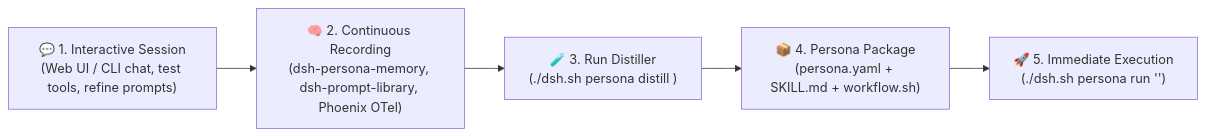
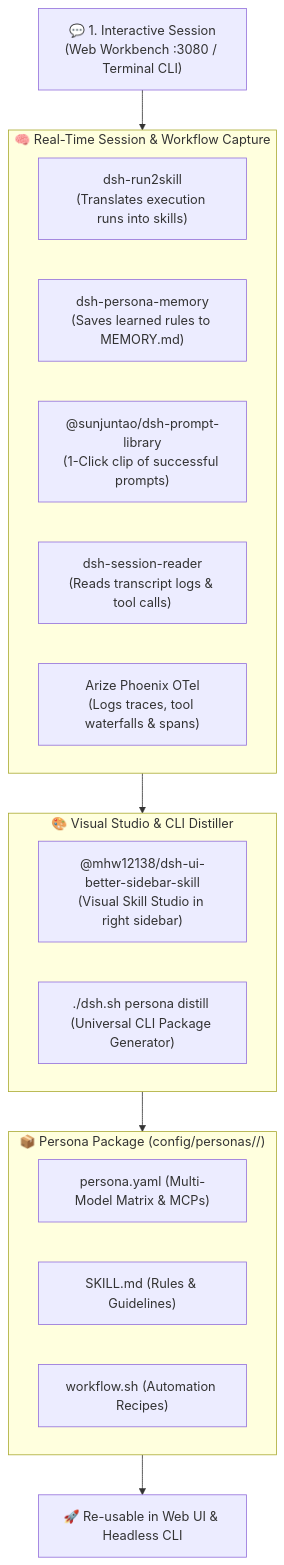
Before and after one commit to hdjebar/DSH-DDS: the second of 2 diagrams in docs/personas.md, drawn with Mermaid. The commit also changed other lines of this file and 2 other files, not shown here.

Commit message:
docs: comprehensive update across README and docs covering all 15 plugins, Multi-Model Matrix, and Persona Studio

````diff
--- a/docs/personas.md
+++ b/docs/personas.md
@@ -162,7 +162,28 @@
 ```mermaid
-flowchart LR
-    SESSION["💬 1. Interactive Session\n(Web UI / CLI chat, test tools, refine prompts)"] --> PLUGINS["🧠 2. Continuous Recording\n(dsh-persona-memory, dsh-prompt-library, Phoenix OTel)"]
-    PLUGINS --> DISTILL["🧪 3. Run Distiller\n(./dsh.sh persona distill <name>)"]
-    DISTILL --> PKG["📦 4. Persona Package\n(persona.yaml + SKILL.md + workflow.sh)"]
-    PKG --> REUSE["🚀 5. Immediate Execution\n(./dsh.sh persona run <name> '<task>')"]
+flowchart TD
+    SESSION["💬 1. Interactive Session\n(Web Workbench :3080 / Terminal CLI)"]
+    
+    subgraph Recording_Plugins ["🧠 Real-Time Session & Workflow Capture"]
+        R2S["dsh-run2skill\n(Translates execution runs into skills)"]
+        MEM["dsh-persona-memory\n(Saves learned rules to MEMORY.md)"]
+        PLIB["@sunjuntao/dsh-prompt-library\n(1-Click clip of successful prompts)"]
+        SREAD["dsh-session-reader\n(Reads transcript logs & tool calls)"]
+        OTEL["Arize Phoenix OTel\n(Logs traces, tool waterfalls & spans)"]
+    end
+
+    subgraph Studio_UI ["🎨 Visual Studio & CLI Distiller"]
+        STUDIO["@mhw12138/dsh-ui-better-sidebar-skill\n(Visual Skill Studio in right sidebar)"]
+        CLI["./dsh.sh persona distill <name>\n(Universal CLI Package Generator)"]
+    end
+
+    subgraph Persona_Package ["📦 Persona Package (config/personas/<name>/)"]
+        YAML["persona.yaml (Multi-Model Matrix & MCPs)"]
+        SKILL["SKILL.md (Rules & Guidelines)"]
+        WF["workflow.sh (Automation Recipes)"]
+    end
+
+    SESSION --> Recording_Plugins
+    Recording_Plugins --> Studio_UI
+    Studio_UI --> Persona_Package
+    Persona_Package --> RUN["🚀 Re-usable in Web UI & Headless CLI"]
 ```
````
